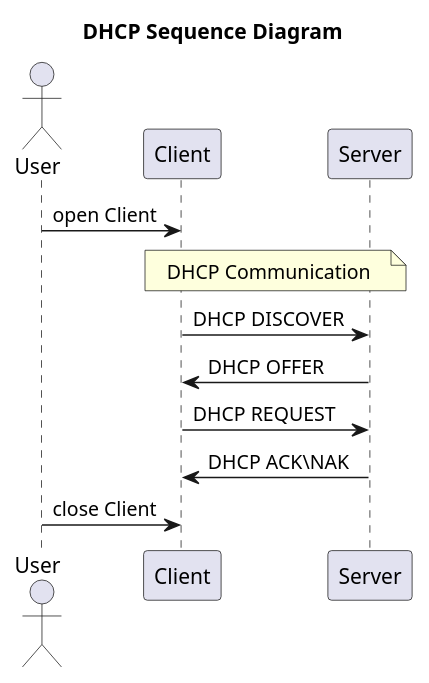
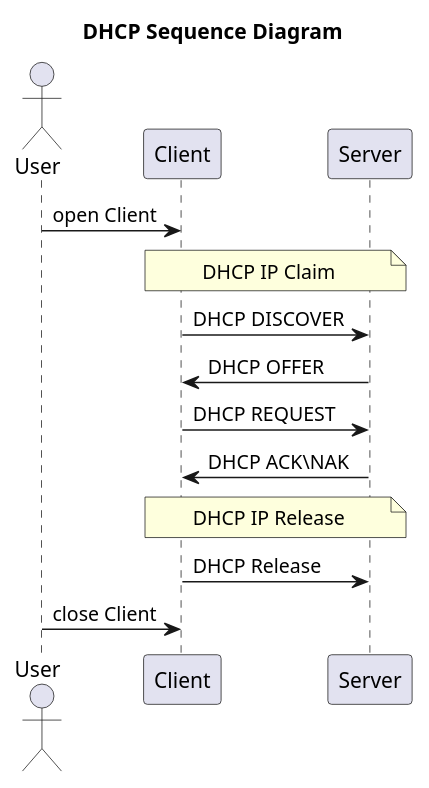
The diagram in Diagrams/DHCP_Sequence_Diagram.puml (yuvili/FinalProject), drawn with PlantUML before and after one commit. The commit also changed 13 other files, not shown here.

Commit message:
diagrams, readme

```diff
--- a/Diagrams/DHCP_Sequence_Diagram.puml
+++ b/Diagrams/DHCP_Sequence_Diagram.puml
@@ -1,17 +1,20 @@
 @startuml
 title DHCP Sequence Diagram
 
 actor User
 participant Client
 participant Server
 
 User -> Client : open Client
 
-note over Client, Server:DHCP Communication
+note over Client, Server:DHCP IP Claim
 Client -> Server: DHCP DISCOVER
 Server -> Client : DHCP OFFER
 Client -> Server : DHCP REQUEST
 Server -> Client : DHCP ACK\NAK
 
+note over Client, Server:DHCP IP Release
+Client -> Server: DHCP Release
+
 User -> Client : close Client
 @enduml
```
